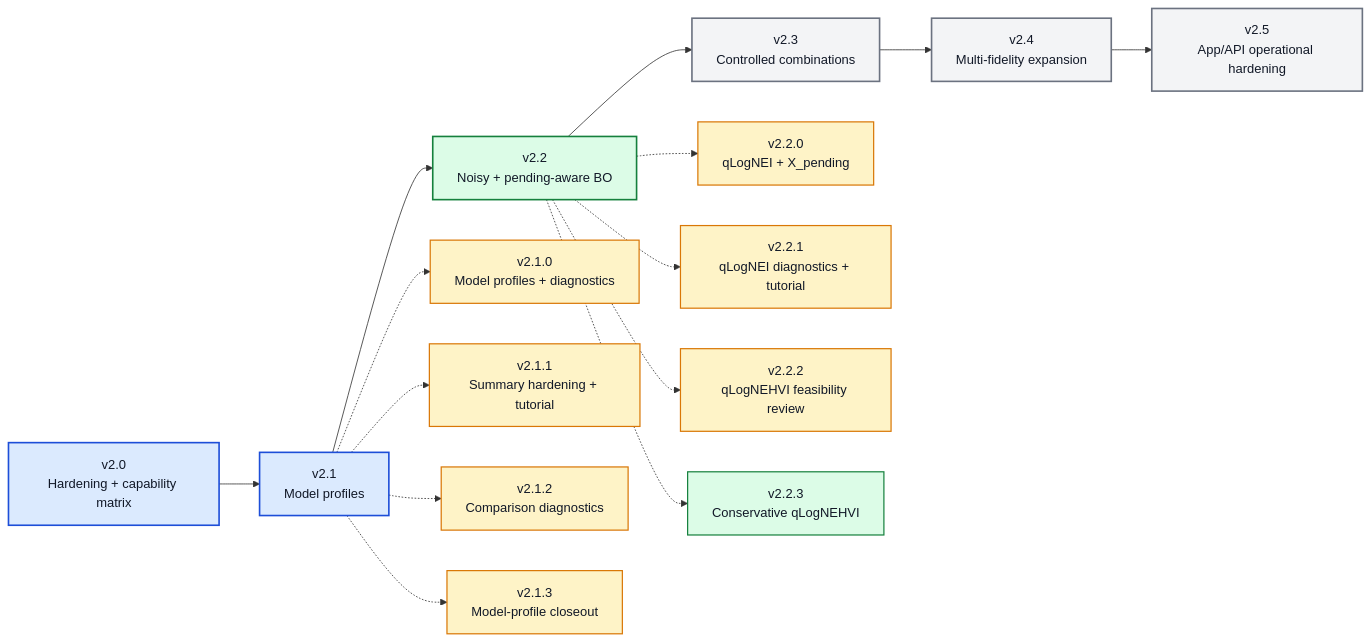
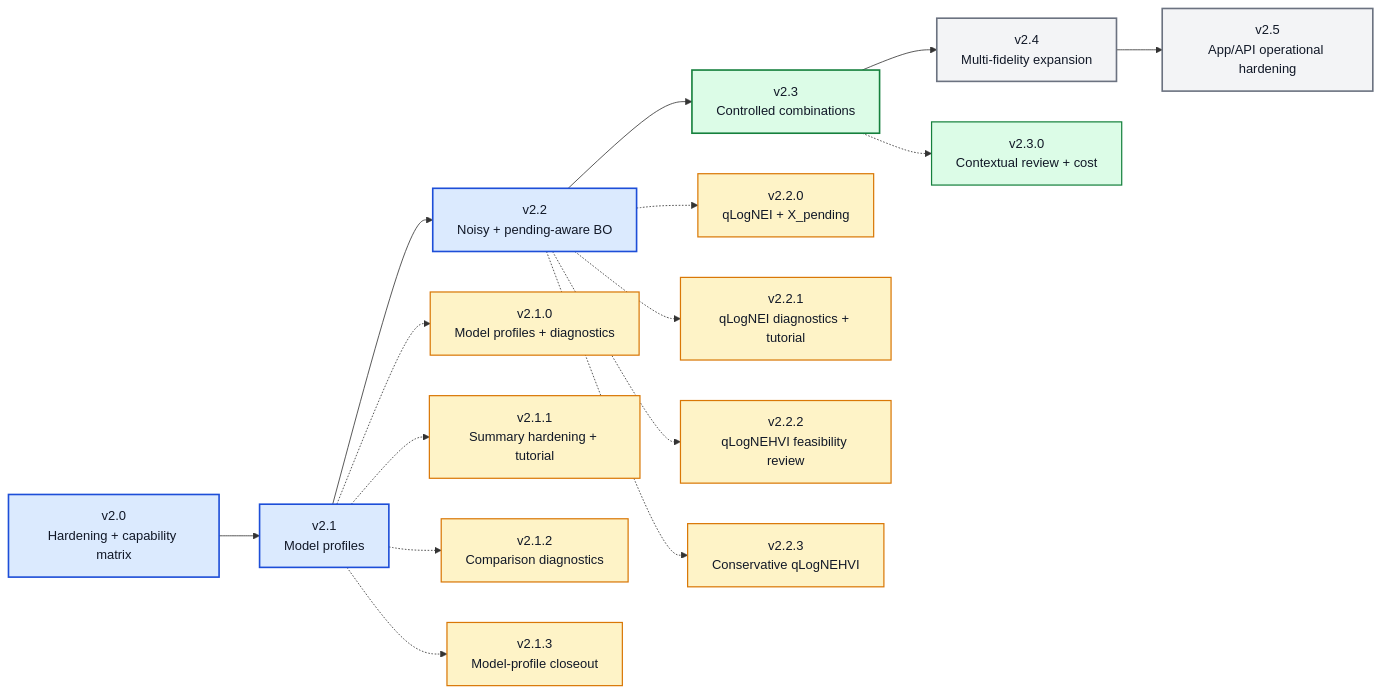
One commit to angzeli/bo-forge changed the diagram in ROADMAP_V2_X.md. Above: the diagram before and after it, drawn with Mermaid. The commit also changed other lines of this file and 33 other files, not shown here.

Commit message:
v2.3.0 update: Add contextual cost and review support

````diff
--- a/ROADMAP_V2_X.md
+++ b/ROADMAP_V2_X.md
@@ -15,35 +15,37 @@
 ```mermaid
 flowchart LR
     v20["v2.0<br/>Hardening + capability matrix"] --> v21["v2.1<br/>Model profiles"] --> v22["v2.2<br/>Noisy + pending-aware BO"] --> v23["v2.3<br/>Controlled combinations"] --> v24["v2.4<br/>Multi-fidelity expansion"] --> v25["v2.5<br/>App/API operational hardening"]
 
     v210["v2.1.0<br/>Model profiles + diagnostics"]
     v211["v2.1.1<br/>Summary hardening + tutorial"]
     v212["v2.1.2<br/>Comparison diagnostics"]
     v213["v2.1.3<br/>Model-profile closeout"]
     v220["v2.2.0<br/>qLogNEI + X_pending"]
     v221["v2.2.1<br/>qLogNEI diagnostics + tutorial"]
     v222["v2.2.2<br/>qLogNEHVI feasibility review"]
     v223["v2.2.3<br/>Conservative qLogNEHVI"]
+    v230["v2.3.0<br/>Contextual review + cost"]
 
     v21 -.-> v210
     v21 -.-> v211
     v21 -.-> v212
     v21 -.-> v213
     v22 -.-> v220
     v22 -.-> v221
     v22 -.-> v222
     v22 -.-> v223
+    v23 -.-> v230
 
-    class v10,v20,v21 majorDone
-    class v22 majorActive
-    class v23,v24,v25 majorFuture
+    class v10,v20,v21,v22 majorDone
+    class v23 majorActive
+    class v24,v25 majorFuture
     class v210,v211,v212,v213 patchDone
-    class v220,v221,v222 patchDone
-    class v223 patchActive
+    class v220,v221,v222,v223 patchDone
+    class v230 patchActive
 
     classDef majorDone fill:#dbeafe,stroke:#1d4ed8,stroke-width:2px,color:#111827;
     classDef majorActive fill:#dcfce7,stroke:#15803d,stroke-width:2px,color:#111827;
     classDef majorFuture fill:#f3f4f6,stroke:#6b7280,stroke-width:2px,color:#111827;
     classDef patchDone fill:#fef3c7,stroke:#d97706,stroke-width:1.5px,color:#111827;
     classDef patchActive fill:#dcfce7,stroke:#15803d,stroke-width:1.5px,color:#111827;
 ```
````
